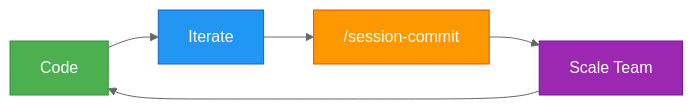
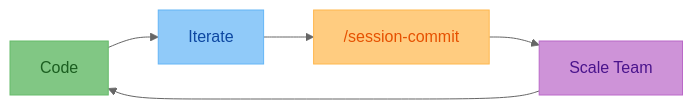
One commit to Olshansk/agent-md changed the first of 3 diagrams in README.md. Above: the diagram before and after it, drawn with Mermaid (neutral theme). The commit also changed other lines of this file and 1 other file, not shown here.

````diff
--- a/README.md
+++ b/README.md
@@ -17,12 +18,12 @@
 ```mermaid
 graph LR
     A[Code]:::code --> B[Iterate]:::iterate
     B --> C["/session-commit"]:::commit
     C --> D[Scale Team]:::scale
     D --> A
 
-    classDef code fill:#4CAF50,color:#fff,stroke:#388E3C
-    classDef iterate fill:#2196F3,color:#fff,stroke:#1565C0
-    classDef commit fill:#FF9800,color:#fff,stroke:#E65100
-    classDef scale fill:#9C27B0,color:#fff,stroke:#6A1B9A
+    classDef code fill:#81C784,color:#1B5E20,stroke:#66BB6A
+    classDef iterate fill:#90CAF9,color:#0D47A1,stroke:#64B5F6
+    classDef commit fill:#FFCC80,color:#E65100,stroke:#FFB74D
+    classDef scale fill:#CE93D8,color:#4A148C,stroke:#BA68C8
 ```
````
